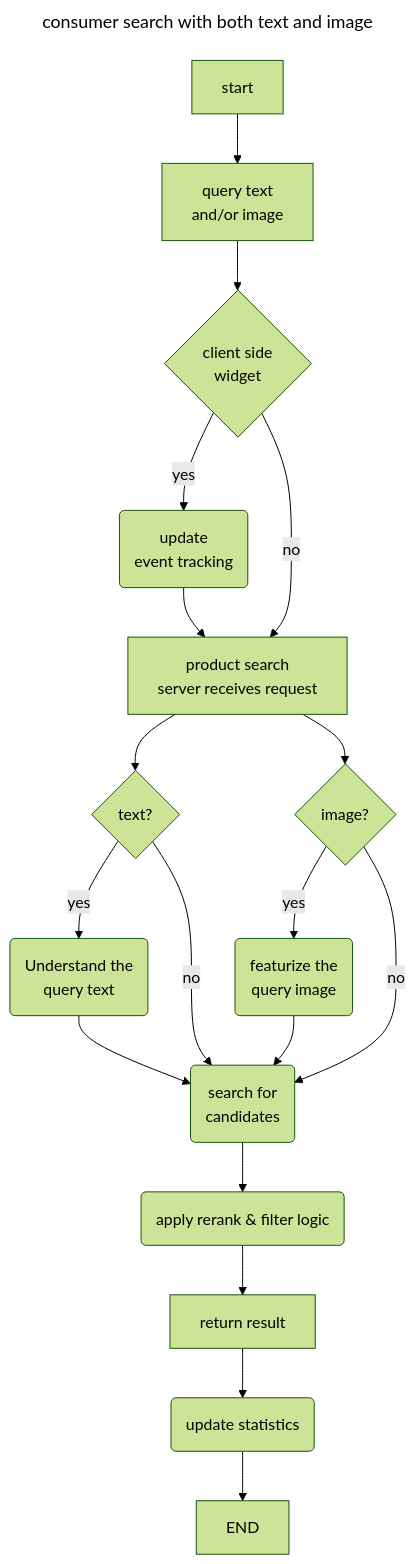
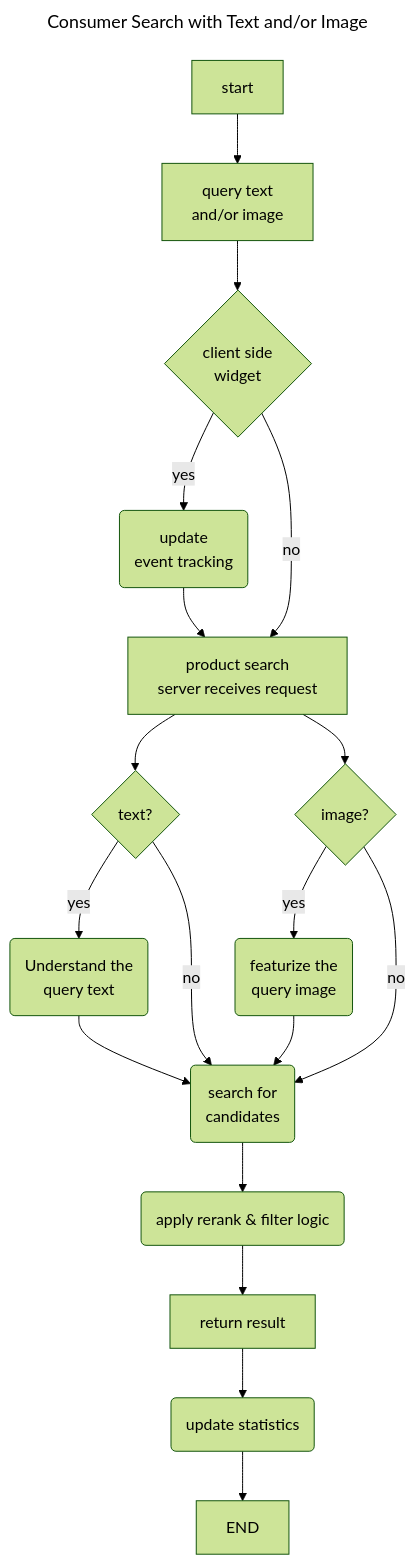
The diagram in Multi-Search_text_and_image.md (zchangvs/diagram), drawn with Mermaid (forest theme) before and after one commit.

````diff
--- a/Multi-Search_text_and_image.md
+++ b/Multi-Search_text_and_image.md
@@ -1,25 +1,25 @@
 ```mermaid
 ---
-title: consumer search with both text and image
+title: Consumer Search with Text and/or Image
 ---
 flowchart TD
     ST[start] --> A[query text<br>and/or image]
     A --> B{client side<br>widget}
     B -->|yes| S(update<br>event tracking)
     B --> |no| C[product search<br>server receives request]
     S --> C
     C --> TQ{text?}
     TQ--> |yes| D1(Understand the<br>query text)
     C --> IQ{image?}
     IQ--> |yes| D2(featurize the<br>query image)
     D1 --> E1(search for<br>candidates)
     D2 --> E1
     TQ--> |no| E1
     IQ--> |no| E1 
     E1 --> E2(apply rerank & filter logic)
     E2 --> F[return result]
     F --> G(update statistics)
     G --> END[END] 
 
 
 ```
````
